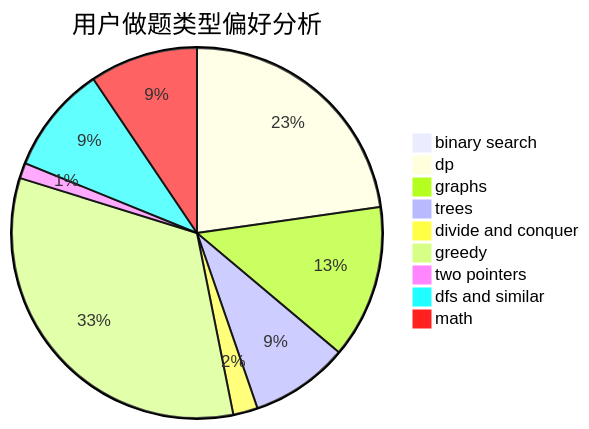
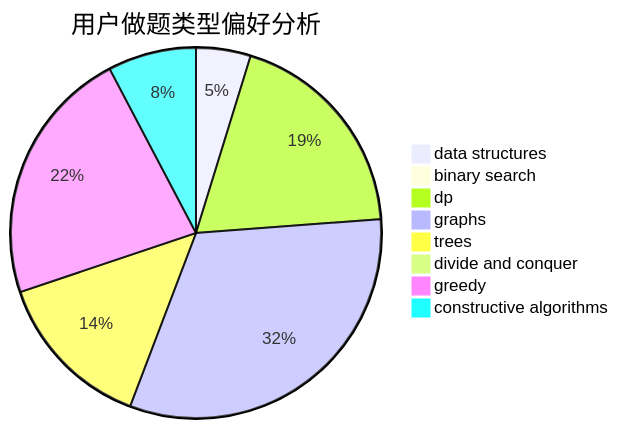
One commit to sherpahu/cfrs.github.io changed the second of 3 diagrams in docs/user/u177.md. Above: the diagram before and after it, drawn with Mermaid. The commit also changed other lines of this file and 2775 other files, not shown here.

````diff
--- a/docs/user/u177.md
+++ b/docs/user/u177.md
@@ -23,12 +23,11 @@
 ```mermaid
 pie title 用户做题类型偏好分析
-    "binary search" :  13
-    "dp" :  456
-    "graphs" :  268
-    "trees" :  172
-    "divide and conquer" :  43
-    "greedy" :  660
-    "two pointers" :  27
-    "dfs and similar" :  189
-    "math" :  189
+    "data structures" :  21
+    "binary search" :  0
+    "dp" :  84
+    "graphs" :  141
+    "trees" :  62
+    "divide and conquer" :  0
+    "greedy" :  99
+    "constructive algorithms" :  34
 ```
````
